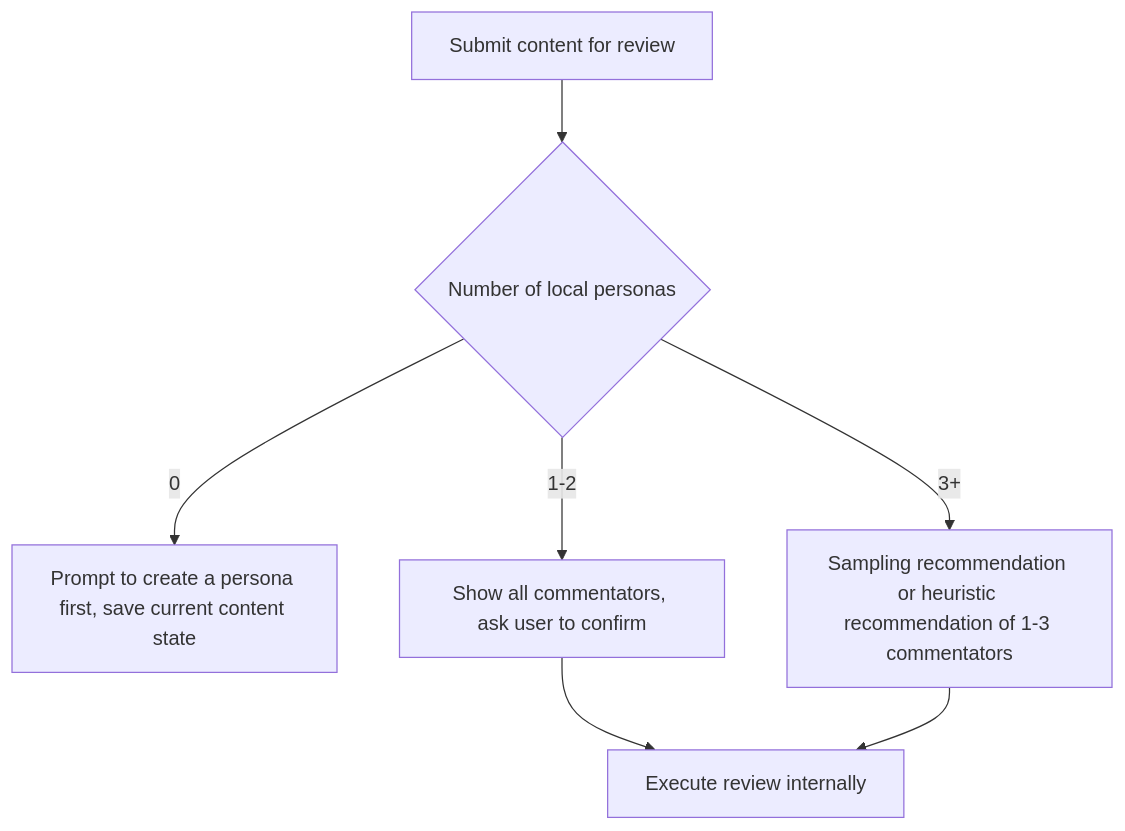
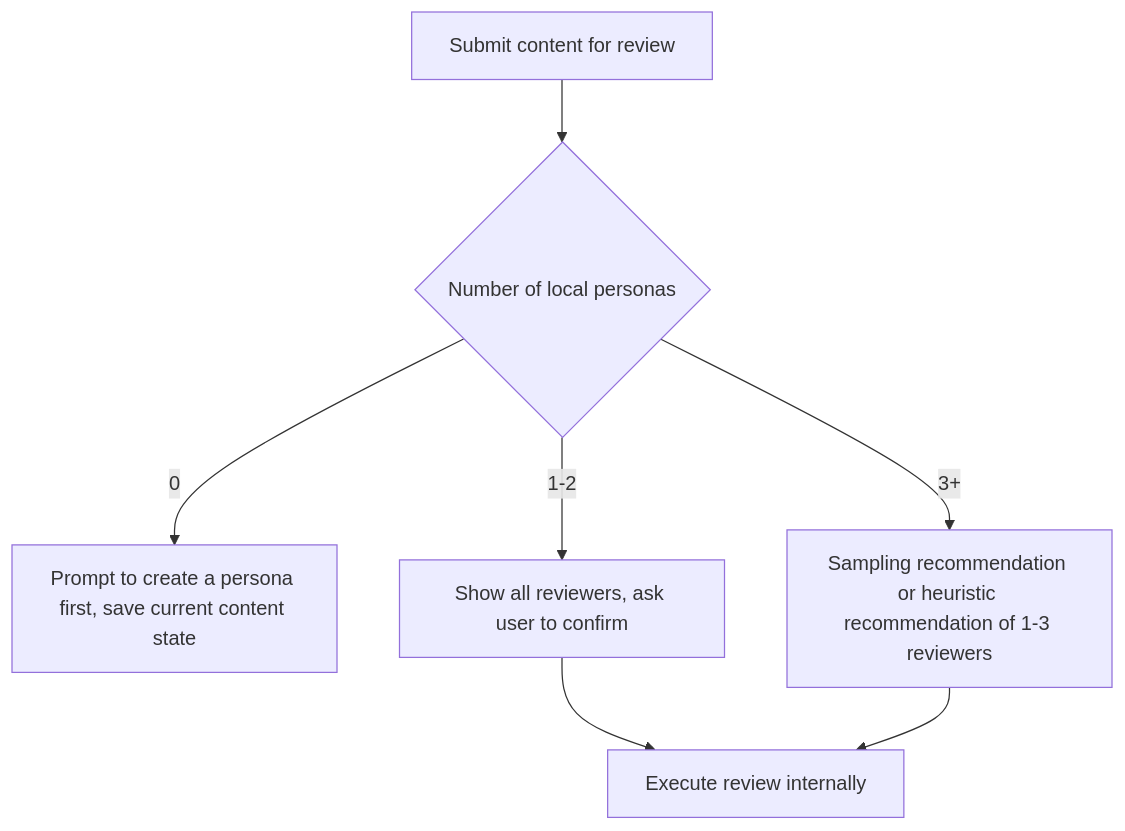
One commit to ChurzeXo/kevlar-4u changed the first of 3 diagrams in docs/README.ja.md. Above: the diagram before and after it, drawn with Mermaid. The commit also changed other lines of this file and 2 other files, not shown here.

````diff
--- a/docs/README.ja.md
+++ b/docs/README.ja.md
@@ -109,9 +109,9 @@
 ```mermaid
 flowchart TD
   A["Submit content for review"] --> B{"Number of local personas"}
   B -->|0| C["Prompt to create a persona first, save current content state"]
-  B -->|1-2| D["Show all commentators, ask user to confirm"]
-  B -->|3+| E["Sampling recommendation or heuristic recommendation of 1-3 commentators"]
+  B -->|1-2| D["Show all reviewers, ask user to confirm"]
+  B -->|3+| E["Sampling recommendation or heuristic recommendation of 1-3 reviewers"]
   D --> F["Execute review internally"]
   E --> F
 ```
````
